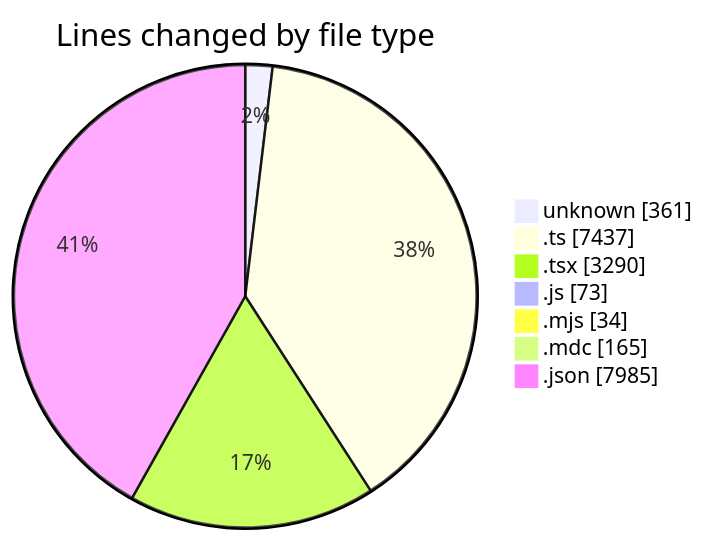
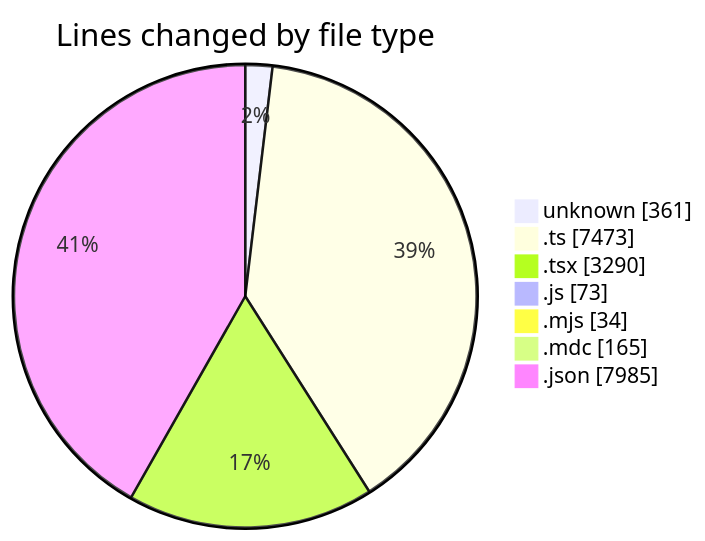
Before and after one commit to CELIANVF/code-tracking: the first of 2 diagrams in 2025-06-13/ecodeli-1/README.md, drawn with Mermaid. The commit also changed other lines of this file and 1 other file, not shown here.

````diff
--- a/2025-06-13/ecodeli-1/README.md
+++ b/2025-06-13/ecodeli-1/README.md
@@ -37,11 +37,11 @@
 ```mermaid
 pie showData
 title Lines changed by file type
 "unknown" : 361
-".ts" : 7437
+".ts" : 7473
 ".tsx" : 3290
 ".js" : 73
 ".mjs" : 34
 ".mdc" : 165
 ".json" : 7985
 ```
````
